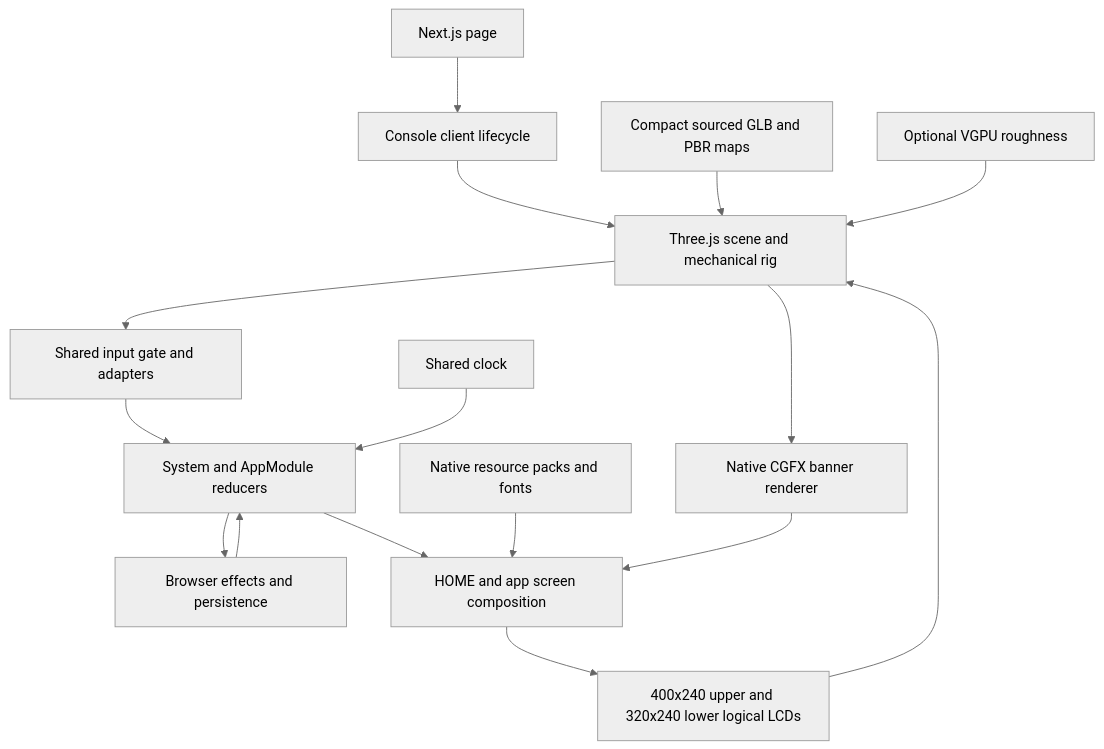
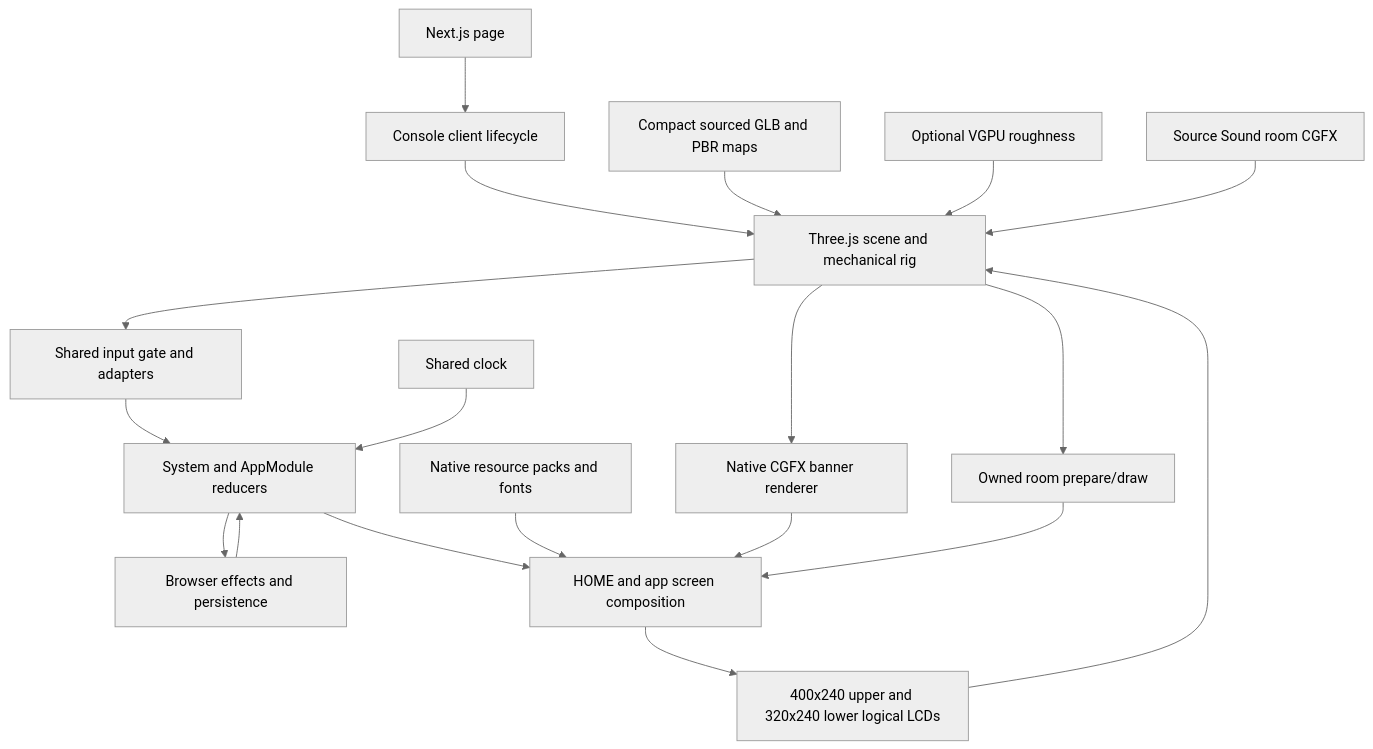
One commit to techparamveer/3ds-idea changed the diagram in docs/architecture/README.md. Above: the diagram before and after it, drawn with Mermaid (neutral theme). The commit also changed other lines of this file and 2 other files, not shown here.

Commit message:
Document integrated room, Language input and remaining gates

````diff
--- a/docs/architecture/README.md
+++ b/docs/architecture/README.md
@@ -28,18 +29,21 @@
 ```mermaid
 flowchart TD
   Page[Next.js page] --> React[Console client lifecycle]
   React --> Scene[Three.js scene and mechanical rig]
   GLB[Compact sourced GLB and PBR maps] --> Scene
   VGPU[Optional VGPU roughness] --> Scene
   Scene --> Input[Shared input gate and adapters]
   Input --> State[System and AppModule reducers]
   Clock[Shared clock] --> State
   State --> Effects[Browser effects and persistence]
   Effects --> State
   State --> Paint[HOME and app screen composition]
   Packs[Native resource packs and fonts] --> Paint
   Paint --> LCD[400x240 upper and 320x240 lower logical LCDs]
   LCD --> Scene
   Banner[Native CGFX banner renderer] --> Paint
   Scene --> Banner
+  Room[Source Sound room CGFX] --> Scene
+  Scene --> RoomHook[Owned room prepare/draw]
+  RoomHook --> Paint
 ```
````
